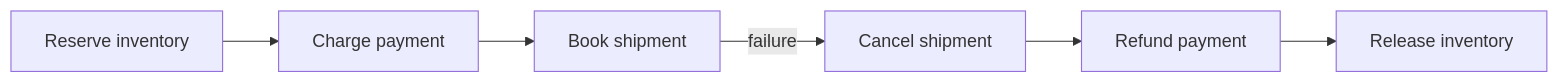
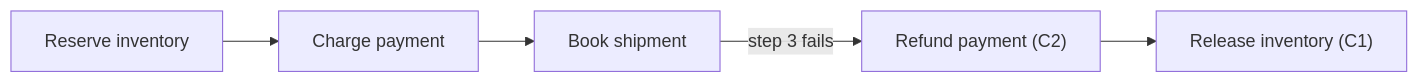
Before and after one commit to binarydevelop/system-design-patterns: the diagram in 18-workflow-job-systems/06-retry-idempotency-compensation.md, drawn with Mermaid. The commit also changed other lines of this file and 8 other files, not shown here.

````diff
--- a/18-workflow-job-systems/06-retry-idempotency-compensation.md
+++ b/18-workflow-job-systems/06-retry-idempotency-compensation.md
@@ -58,8 +72,7 @@
 ```mermaid
 flowchart LR
     I["Reserve inventory"] --> P["Charge payment"]
     P --> S["Book shipment"]
-    S -->|failure| RS["Cancel shipment"]
-    RS --> RP["Refund payment"]
-    RP --> RI["Release inventory"]
+    S -->|"step 3 fails"| RP["Refund payment (C2)"]
+    RP --> RI["Release inventory (C1)"]
 ```
````
